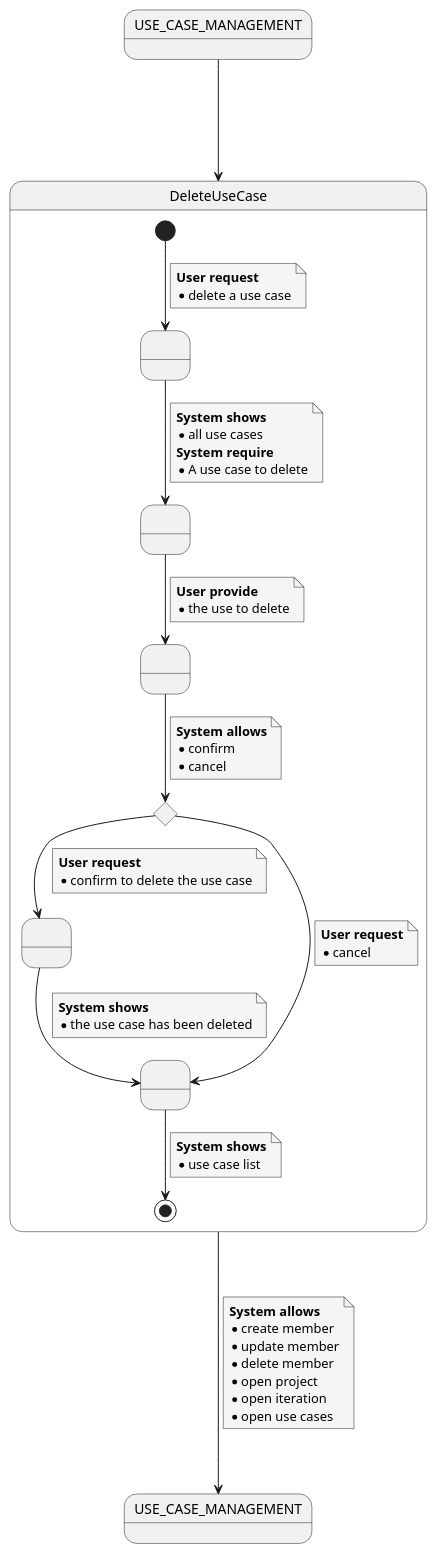
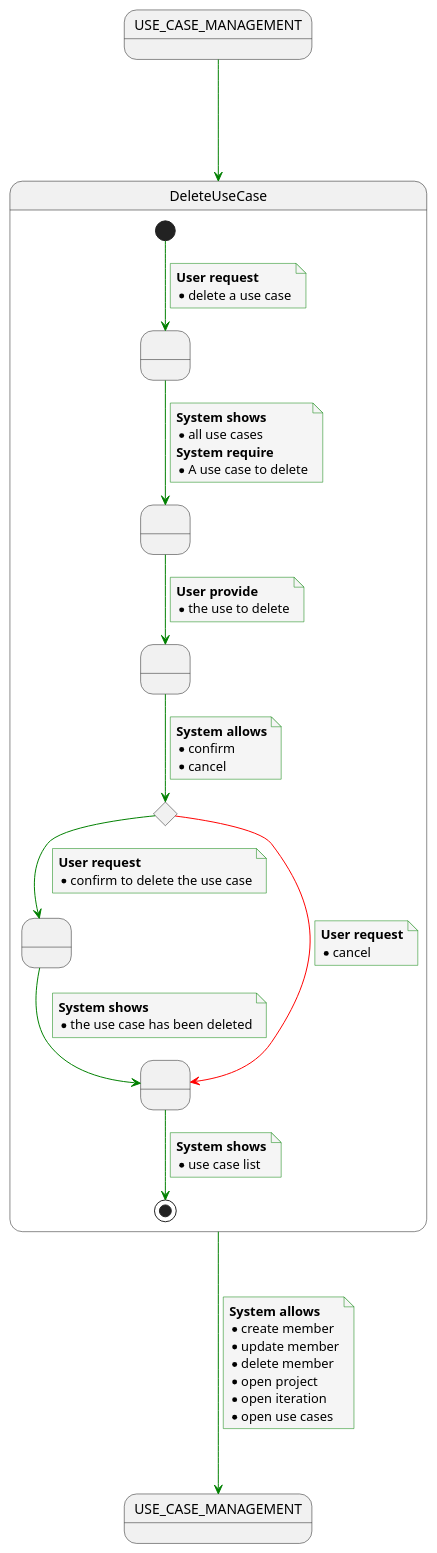
The diagram in documentation/usecasesview/specifications/usecases/DeleteUseCase.puml (rup-projects/rup-projects), drawn with PlantUML before and after one commit. The commit also changed 18 other files, not shown here.

Commit message:
Especificacion de caso de uso : añado skinParams, para remarcar el successfull flow, en vez de pintar los nodos en verde pintamos las flechas en verde,de modo que si es un camino de canceler o fallo de validacion la flecha se muestra en rojo. Queda mas claro de un vistazo cual es el camino principal

```diff
--- a/documentation/usecasesview/specifications/usecases/DeleteUseCase.puml
+++ b/documentation/usecasesview/specifications/usecases/DeleteUseCase.puml
@@ -1,75 +1,79 @@
 @startuml
-skinparam NoteBackgroundColor #whiteSmoke
+    skinparam {
+        NoteBackgroundColor #whiteSmoke
+        ArrowColor #green
+        NoteBorderColor #green
+    }
 
 state init as "USE_CASE_MANAGEMENT"
 state end as "USE_CASE_MANAGEMENT"
 
 init ---> DeleteUseCase
 DeleteUseCase ---> end
 note on link
 <b>System allows</b>
 * create member
 * update member
 * delete member
 * open project
 * open iteration
 * open use cases
 end note
 
 state DeleteUseCase {
     state initial as " "
     state deleteOrdered as " "
     state confirmationRequired <<choice>>
     state deleteConfirmed as " "
     state askedForWhichOneDelete as " "
     state showList as " "
 
     'Main path
     [*] --> initial
     note on link
         <b>User request</b>
         * delete a use case
     end note
     initial --> askedForWhichOneDelete
     note on link
     <b>System shows</b>
     * all use cases
     <b>System require</b>
     * A use case to delete
     end note
     askedForWhichOneDelete --> deleteOrdered
     note on link
         <b>User provide</b>
         * the use to delete
     end note
     deleteOrdered --> confirmationRequired
     note on link
         <b>System allows</b>
         * confirm
         * cancel
     end note
     confirmationRequired --> deleteConfirmed
         note on link
             <b>User request</b>
             * confirm to delete the use case
         end note
     deleteConfirmed --> showList
     note on link
     <b>System shows</b>
     * the use case has been deleted
     end note
     showList --> [*]
     note on link
     <b>System shows</b>
     * use case list
     end note
 
     'Variation path
-    confirmationRequired --> showList
+    confirmationRequired -[#red]-> showList
     note on link
         <b>User request</b>
         * cancel
     end note
 }
 
 @enduml
```
